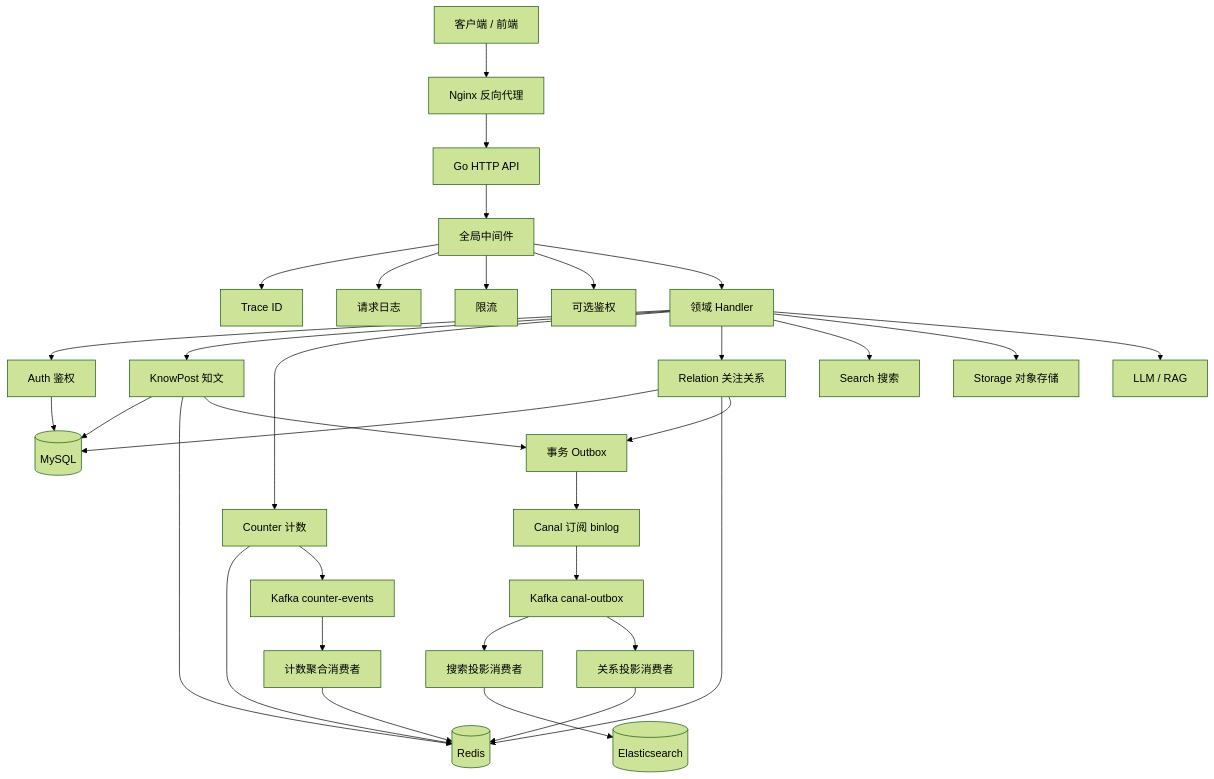
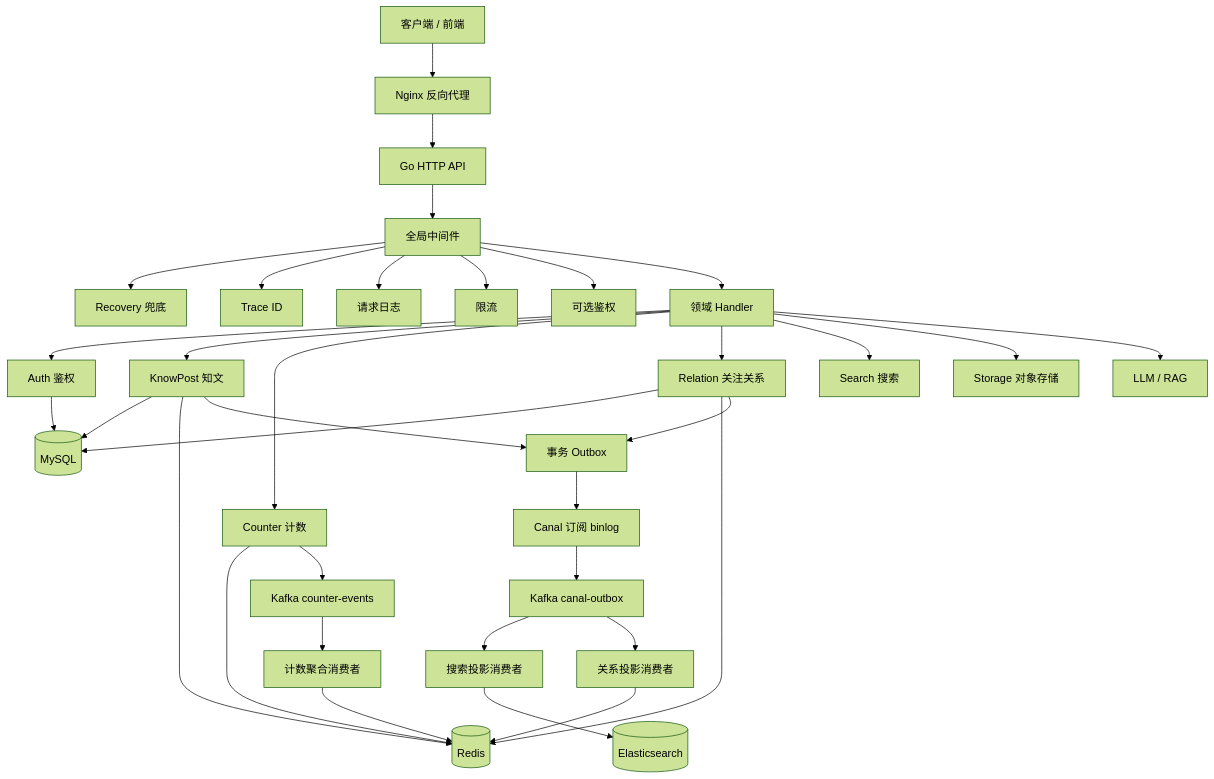
The first of 7 diagrams in README.md (bitladykiller/zhiguang_go), drawn with Mermaid (forest theme) before and after one commit. The commit also changed other lines of this file and 150 other files, not shown here.

````diff
--- a/README.md
+++ b/README.md
@@ -468,39 +501,40 @@
 ```mermaid
 flowchart TB
     A[客户端 / 前端] --> B[Nginx 反向代理]
     B --> C[Go HTTP API]
     C --> D[全局中间件]
+    D --> D0[Recovery 兜底]
     D --> D1[Trace ID]
     D --> D2[请求日志]
     D --> D3[限流]
     D --> D4[可选鉴权]
     D --> E[领域 Handler]
 
     E --> F[Auth 鉴权]
     E --> G[KnowPost 知文]
     E --> H[Counter 计数]
     E --> I[Relation 关注关系]
     E --> J[Search 搜索]
     E --> K[Storage 对象存储]
     E --> L[LLM / RAG]
 
     F --> M[(MySQL)]
     G --> M
     I --> M
     G --> N[(Redis)]
     H --> N
     I --> N
     G --> O[事务 Outbox]
     I --> O
 
     O --> P[Canal 订阅 binlog]
     P --> Q[Kafka canal-outbox]
     Q --> R[搜索投影消费者]
     Q --> S[关系投影消费者]
     R --> T[(Elasticsearch)]
     S --> N
 
     H --> U[Kafka counter-events]
     U --> V[计数聚合消费者]
     V --> N
 ```
````
